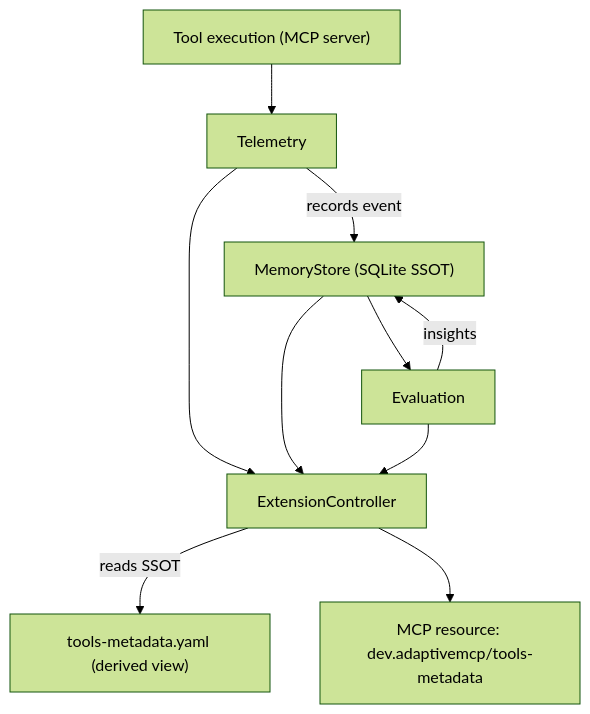
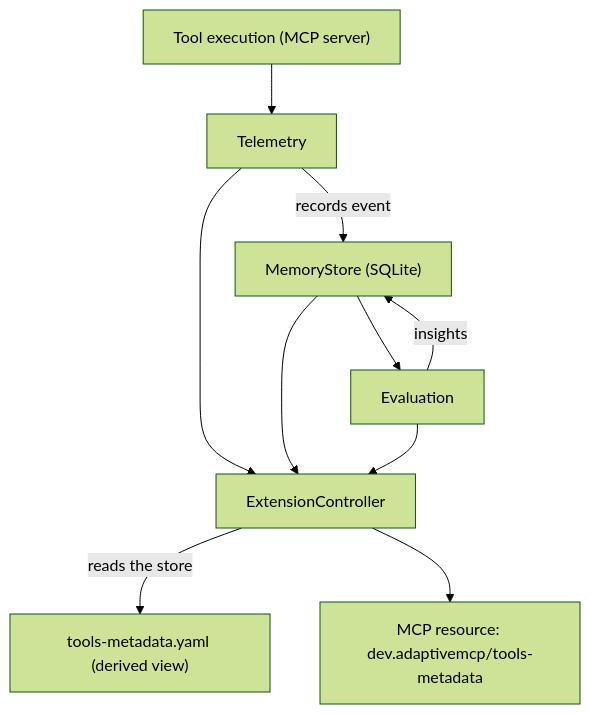
Before and after one commit to adaptivemcp/adaptivemcp.github.io: the diagram in docs/guide/architecture.md, drawn with Mermaid (forest theme). The commit also changed other lines of this file and 5 other files, not shown here.

Commit message:
docs: replace SSOT terminology with store across documentation

````diff
--- a/docs/guide/architecture.md
+++ b/docs/guide/architecture.md
@@ -13,12 +13,12 @@
 ```mermaid
 flowchart TD
     ToolExec["Tool execution (MCP server)"] --> Telemetry
-    Telemetry -->|records event| Memory["MemoryStore (SQLite SSOT)"]
+    Telemetry -->|records event| Memory["MemoryStore (SQLite)"]
     Memory --> Eval["Evaluation"]
     Eval -->|insights| Memory
     Telemetry --> Ext["ExtensionController"]
     Memory --> Ext
     Eval --> Ext
-    Ext -->|reads SSOT| YAML["tools-metadata.yaml (derived view)"]
+    Ext -->|reads the store| YAML["tools-metadata.yaml (derived view)"]
     Ext --> Resource["MCP resource: dev.adaptivemcp/tools-metadata"]
 ```
````
